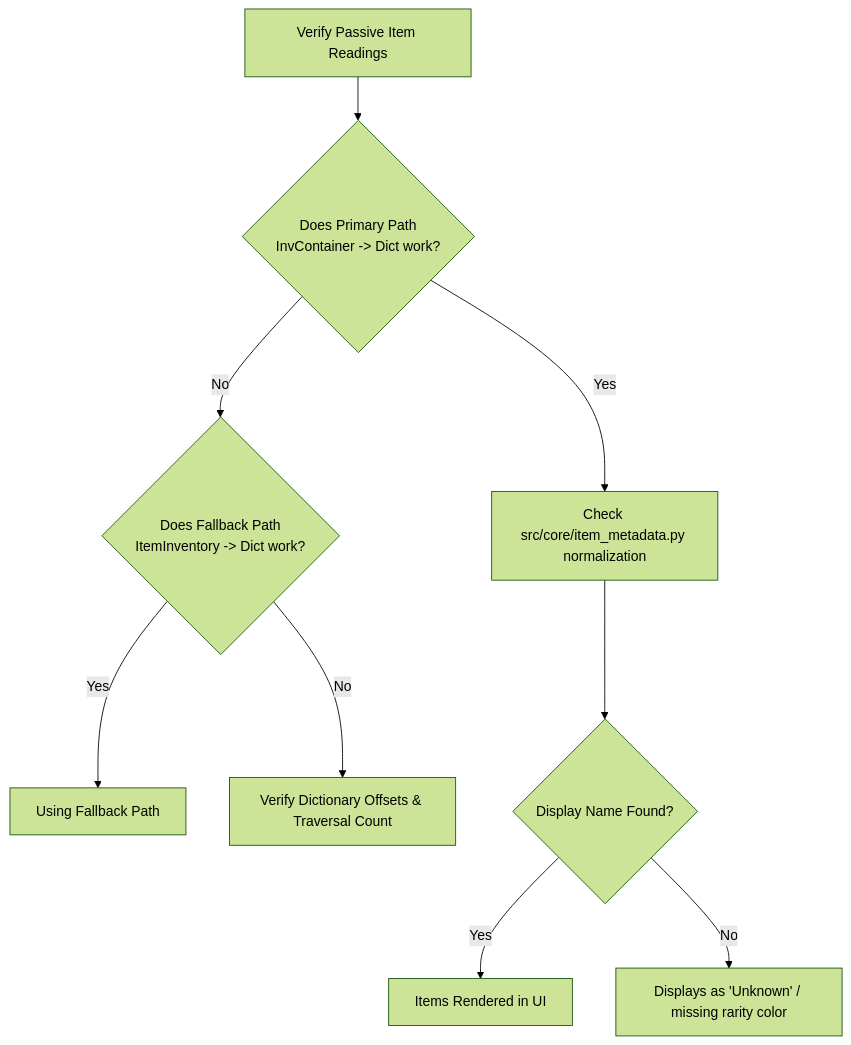
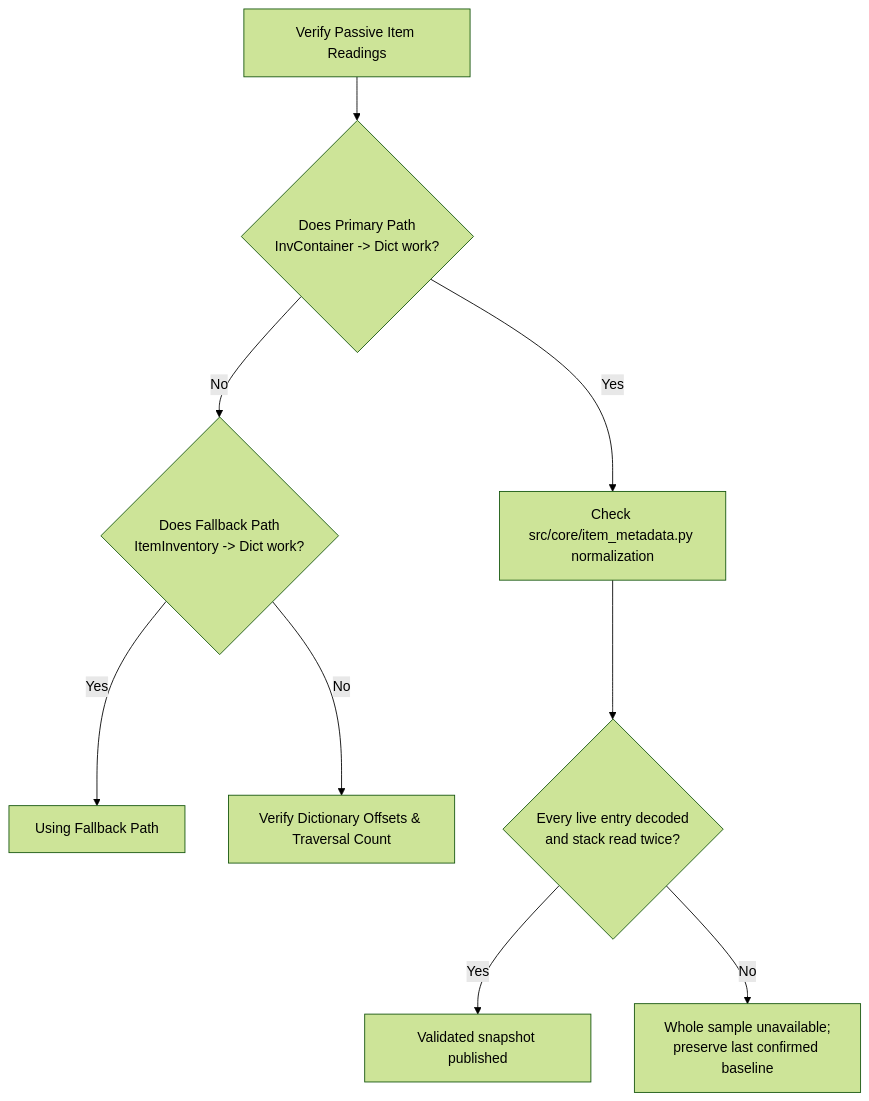
Before and after one commit to ALuiell/BonkScanner: the diagram in docs/wiki/Troubleshooting_and_Diagnostics.md, drawn with Mermaid (forest theme). The commit also changed other lines of this file and 30 other files, not shown here.

````diff
--- a/docs/wiki/Troubleshooting_and_Diagnostics.md
+++ b/docs/wiki/Troubleshooting_and_Diagnostics.md
@@ -23,13 +25,13 @@
 ```mermaid
 graph TD
     Start[Verify Passive Item Readings] --> CheckPrimary{Does Primary Path<br>InvContainer -> Dict work?}
     CheckPrimary -- Yes --> ResolveNames[Check src/core/item_metadata.py normalization]
     CheckPrimary -- No --> CheckFallback{Does Fallback Path<br>ItemInventory -> Dict work?}
 
     CheckFallback -- Yes --> FallbackActive[Using Fallback Path]
     CheckFallback -- No --> BadPointer[Verify Dictionary Offsets & Traversal Count]
 
-    ResolveNames --> NameMatch{Display Name Found?}
-    NameMatch -- Yes --> Done[Items Rendered in UI]
-    NameMatch -- No --> UnknownItem[Displays as 'Unknown' / missing rarity color]
+    ResolveNames --> Complete{Every live entry decoded<br>and stack read twice?}
+    Complete -- Yes --> Done[Validated snapshot published]
+    Complete -- No --> FailClosed[Whole sample unavailable;<br>preserve last confirmed baseline]
 ```
````
